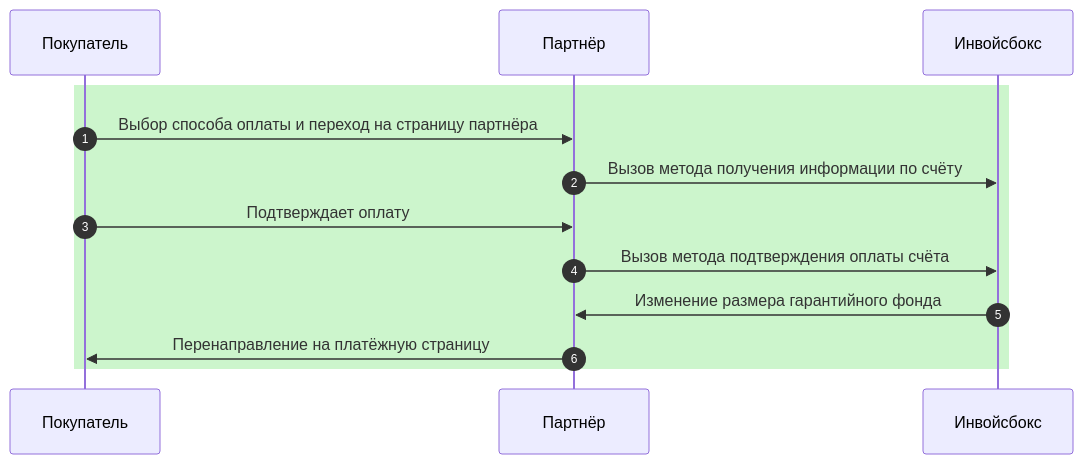
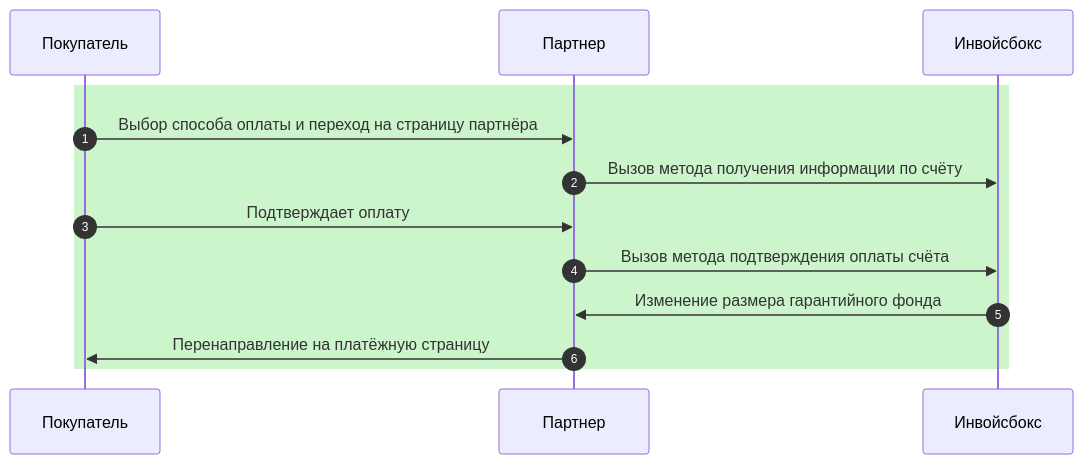
Before and after one commit to YIGRIKY/invoicebox-docs: the diagram in docs/business/schema.md, drawn with Mermaid.

Commit message:
Add schema

```diff
--- a/docs/business/schema.md
+++ b/docs/business/schema.md
@@ -10,15 +10,15 @@
 <div class="mermaid">
 sequenceDiagram
     autonumber
     participant Покупатель
-    participant Партнёр
+    participant Партнер
     participant Инвойсбокс 
     rect rgb(204, 245, 204)
-      Покупатель->>Партнёр: Выбор способа оплаты и переход на страницу партнёра
-      Партнёр->>Инвойсбокс: Вызов метода получения информации по счёту
-      Покупатель->>Партнёр: Подтверждает оплату
-      Партнёр->>Инвойсбокс: Вызов метода подтверждения оплаты счёта
-      Инвойсбокс->>Партнёр: Изменение размера гарантийного фонда
-      Партнёр->>Покупатель: Перенаправление на платёжную страницу
+      Покупатель->>Партнер: Выбор способа оплаты и переход на страницу партнёра
+      Партнер->>Инвойсбокс: Вызов метода получения информации по счёту
+      Покупатель->>Партнер: Подтверждает оплату
+      Партнер->>Инвойсбокс: Вызов метода подтверждения оплаты счёта
+      Инвойсбокс->>Партнер: Изменение размера гарантийного фонда
+      Партнер->>Покупатель: Перенаправление на платёжную страницу
     end
 </div>
```
